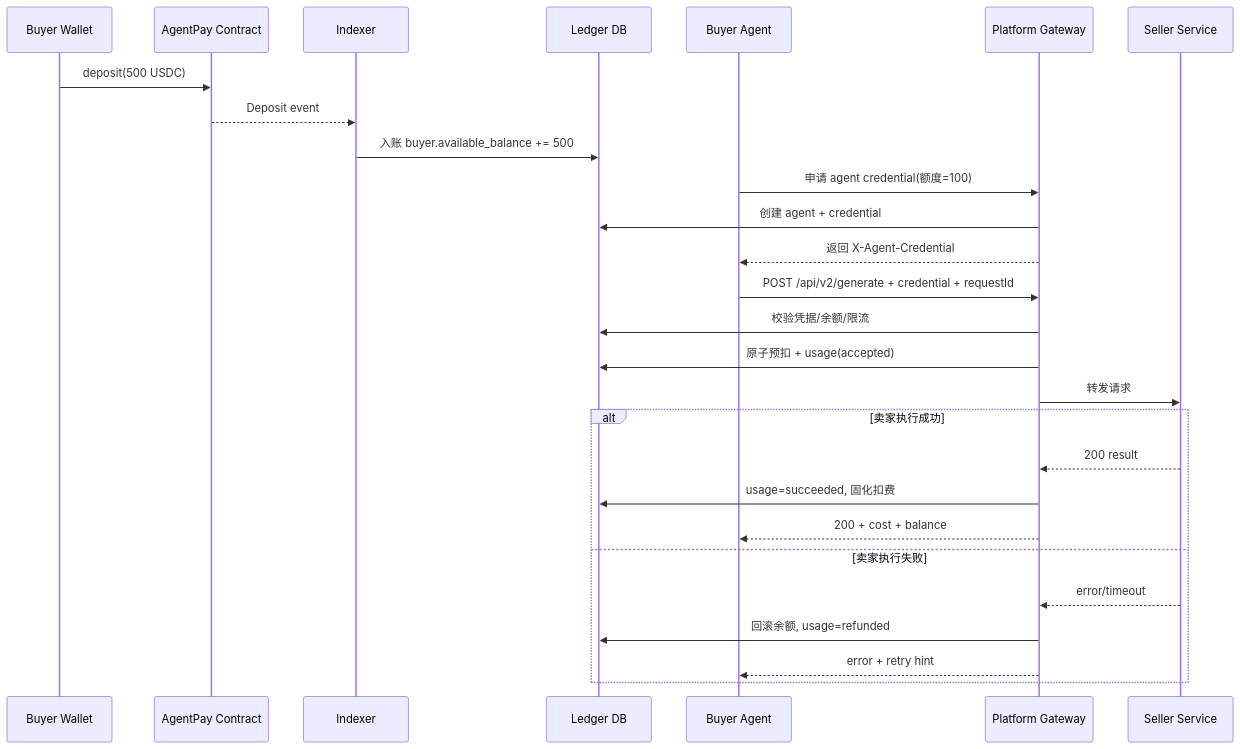
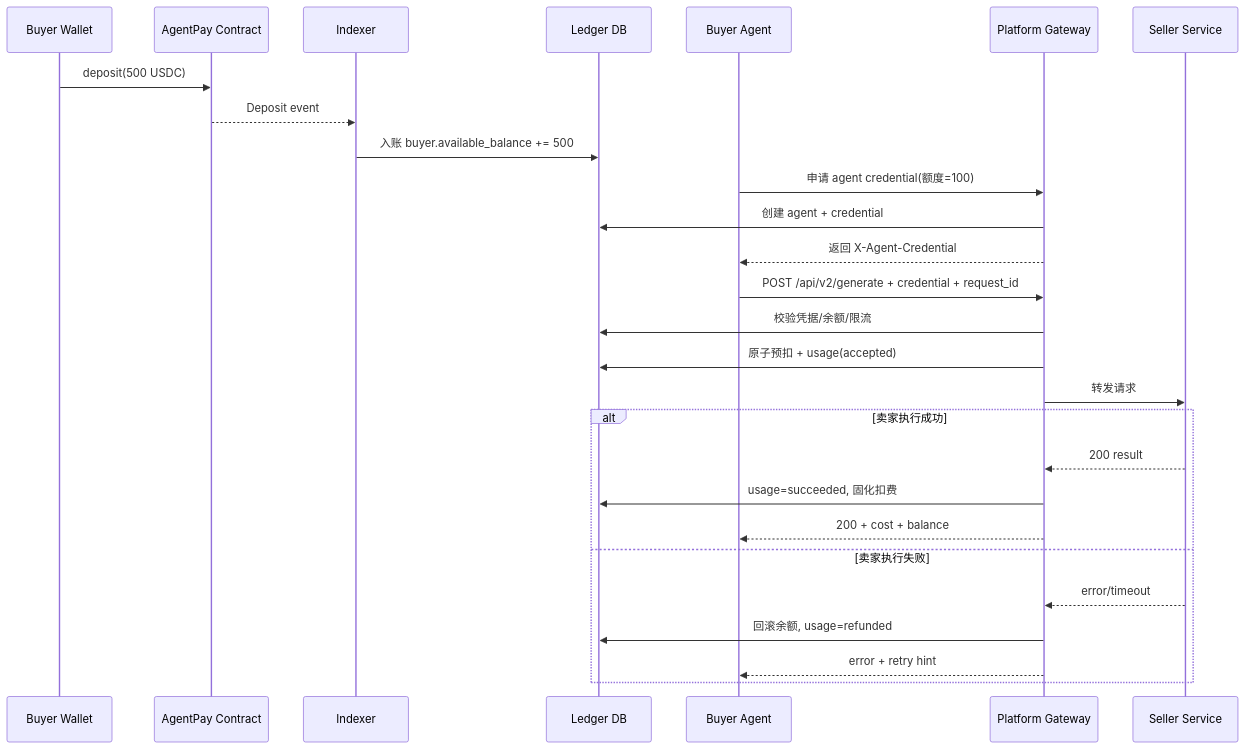
Before and after one commit to SynapseNetworkAI/Synapse-Network: the first of 2 diagrams in doc/feature_designs/Deduction-Detailed-Design.md, drawn with Mermaid. The commit also changed other lines of this file and 2 other files, not shown here.

Commit message:
docs: normalize core terminology across payment flow specs

````diff
--- a/doc/feature_designs/Deduction-Detailed-Design.md
+++ b/doc/feature_designs/Deduction-Detailed-Design.md
@@ -52,31 +62,31 @@
 ```mermaid
 sequenceDiagram
     participant BW as Buyer Wallet
     participant C as AgentPay Contract
     participant I as Indexer
     participant D as Ledger DB
     participant BO as Buyer Agent
     participant G as Platform Gateway
     participant S as Seller Service
 
     BW->>C: deposit(500 USDC)
     C-->>I: Deposit event
     I->>D: 入账 buyer.available_balance += 500
     BO->>G: 申请 agent credential(额度=100)
     G->>D: 创建 agent + credential
     G-->>BO: 返回 X-Agent-Credential
 
-    BO->>G: POST /api/v2/generate + credential + requestId
+    BO->>G: POST /api/v2/generate + credential + request_id
     G->>D: 校验凭据/余额/限流
     G->>D: 原子预扣 + usage(accepted)
     G->>S: 转发请求
     alt 卖家执行成功
       S-->>G: 200 result
       G->>D: usage=succeeded, 固化扣费
       G-->>BO: 200 + cost + balance
     else 卖家执行失败
       S-->>G: error/timeout
       G->>D: 回滚余额, usage=refunded
       G-->>BO: error + retry hint
     end
 ```
````
